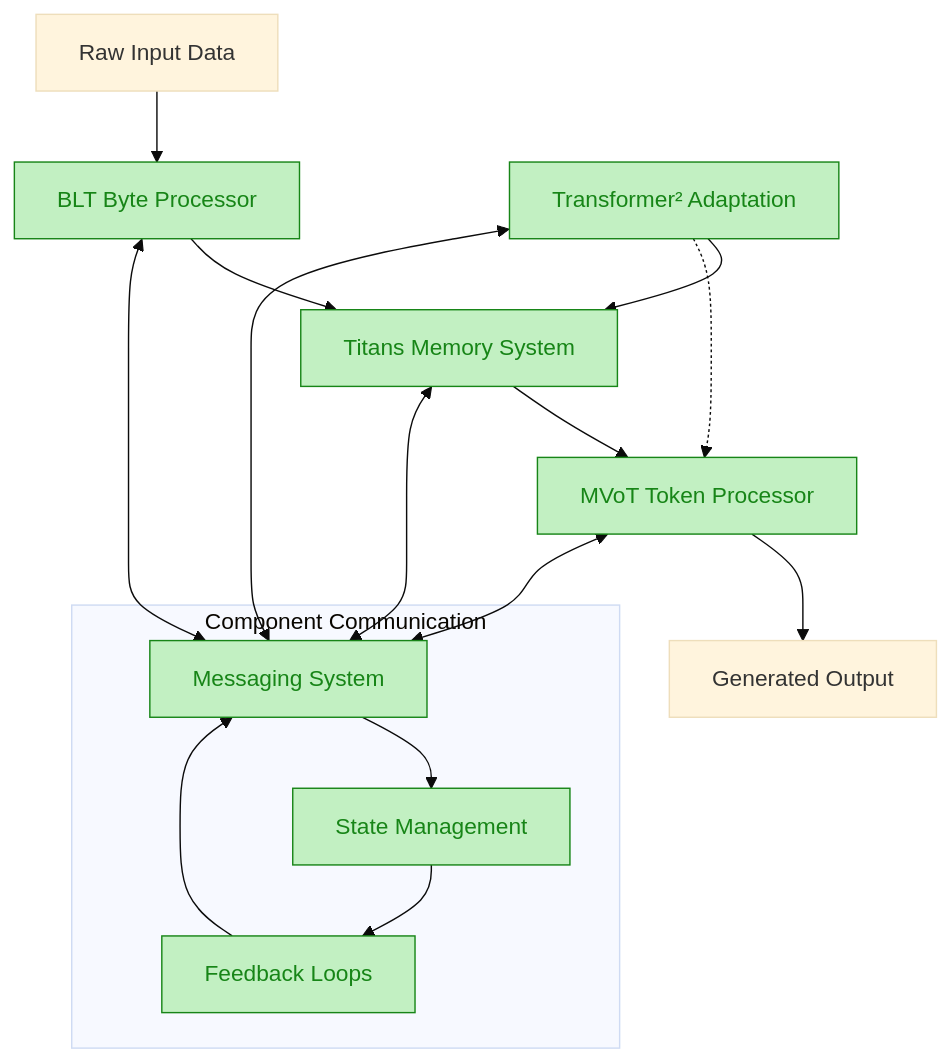
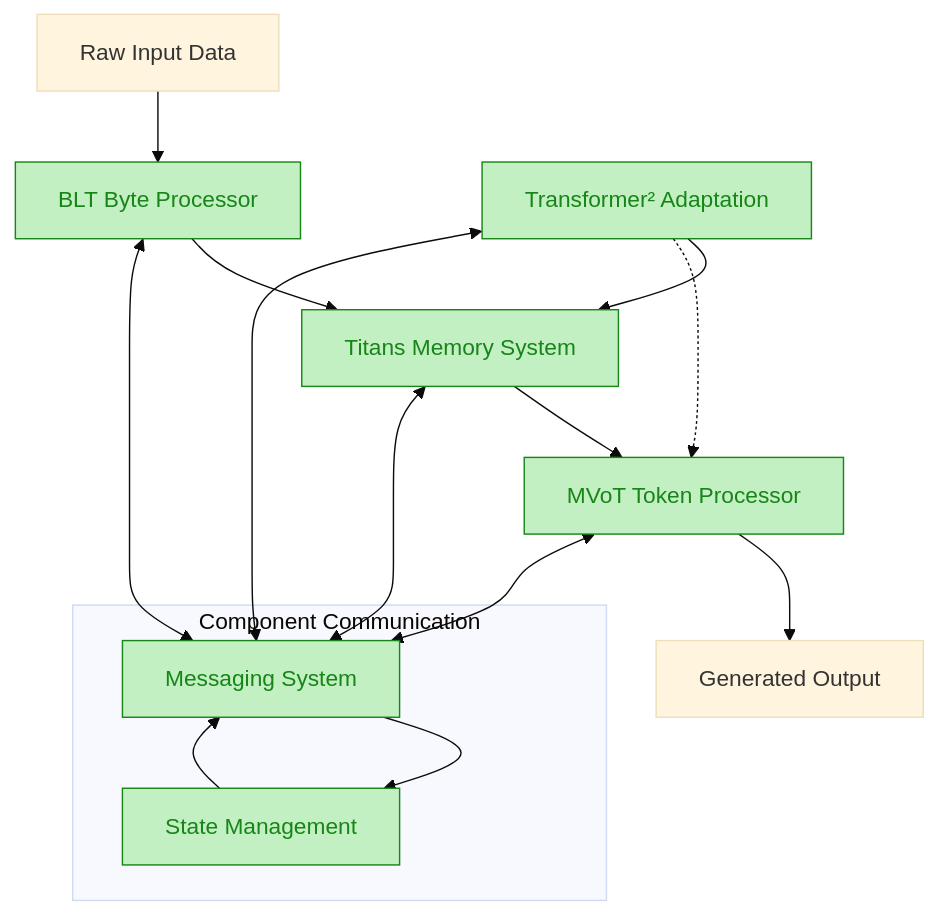
The first of 3 diagrams in README.md (idlandes04/Project-NEAT), drawn with Mermaid (base theme) before and after one commit. The commit also changed other lines of this file, not shown here.

````diff
--- a/README.md
+++ b/README.md
@@ -38,26 +38,25 @@
 ```mermaid
 graph TD
     Input[Raw Input Data] --> BLT[BLT Byte Processor]
     BLT --> Titans[Titans Memory System]
     Titans --> MVoT[MVoT Token Processor]
     MVoT --> Output[Generated Output]
     T2[Transformer² Adaptation] --> Titans
     T2 -.-> MVoT
     
     subgraph "Component Communication"
         Messaging[Messaging System] --> State[State Management]
-        State[State Management] --> Feedback[Feedback Loops]
-        Feedback[Feedback Loops] --> Messaging[Messaging System]
+        State[State Management] --> Messaging[Messaging System]
     end
     
     Titans <--> Messaging
     MVoT <--> Messaging
     BLT <--> Messaging
     T2 <--> Messaging
     
     classDef completed fill:#c2f0c2,stroke:#178517,color:#178517
     classDef inprogress fill:#ffe6cc,stroke:#d79b00,color:#d79b00
     classDef upcoming fill:#f5f5f5,stroke:#666,color:#666
     
     class BLT,Titans,MVoT,T2,Messaging,State,Feedback completed
 ```
````
